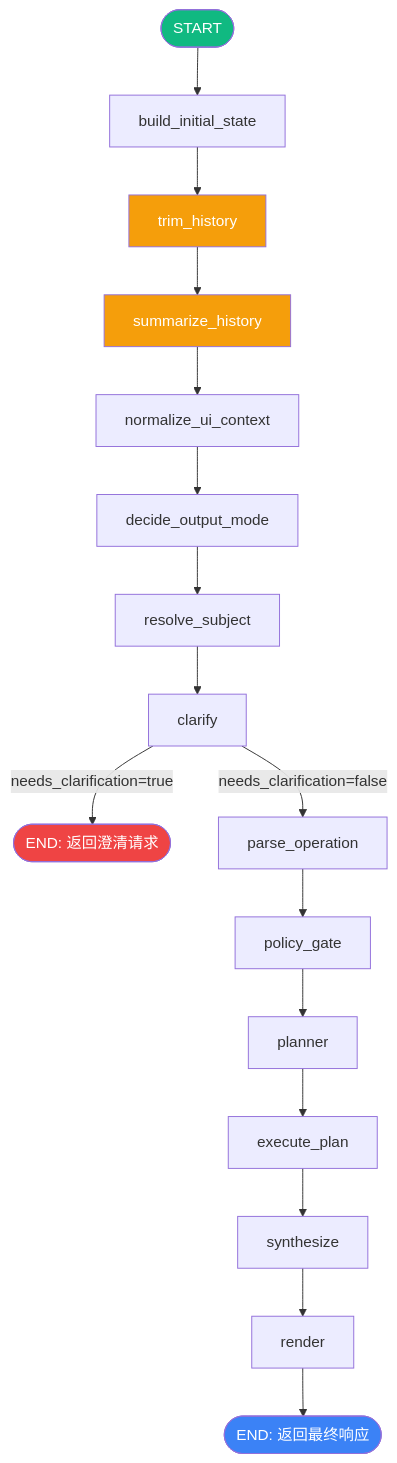
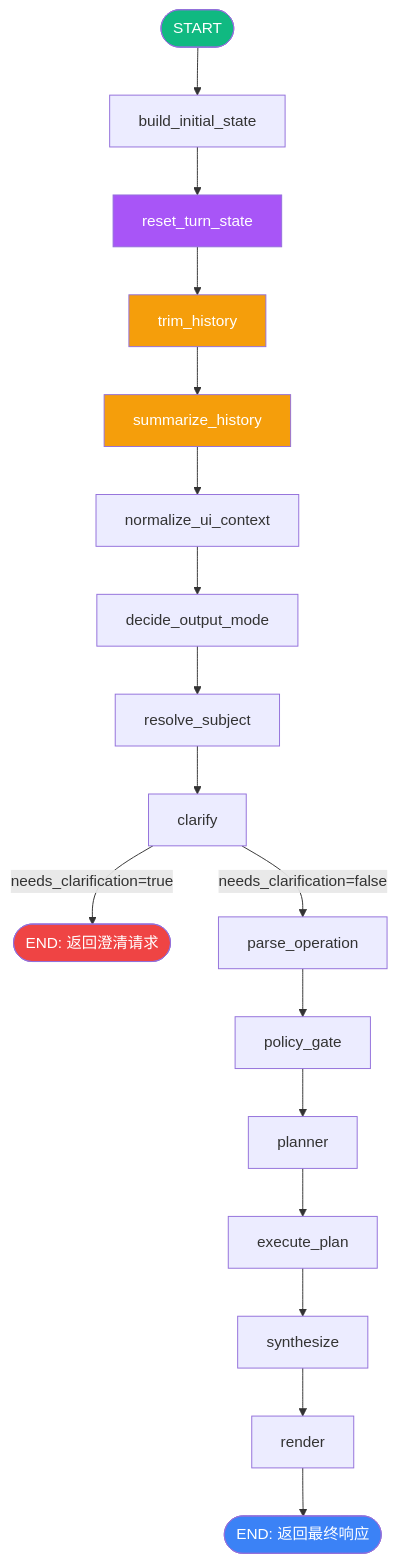
Before and after one commit to kkkano/FinSight: the first of 3 diagrams in docs/LANGGRAPH_FLOW.md, drawn with Mermaid. The commit also changed other lines of this file and 5 other files, not shown here.

First line of the commit message:
docs: sync architecture docs for 16-node pipeline + compare evidence gate

````diff
--- a/docs/LANGGRAPH_FLOW.md
+++ b/docs/LANGGRAPH_FLOW.md
@@ -9,26 +9,28 @@
 ```mermaid
 graph TD
     START([START]) --> build_initial_state
-    build_initial_state --> trim_history
+    build_initial_state --> reset_turn_state
+    reset_turn_state --> trim_history
     trim_history --> summarize_history
     summarize_history --> normalize_ui_context
     normalize_ui_context --> decide_output_mode
     decide_output_mode --> resolve_subject
     resolve_subject --> clarify
 
     clarify -->|needs_clarification=true| END_CLARIFY([END: 返回澄清请求])
     clarify -->|needs_clarification=false| parse_operation
 
     parse_operation --> policy_gate
     policy_gate --> planner
     planner --> execute_plan
     execute_plan --> synthesize
     synthesize --> render
     render --> END_DONE([END: 返回最终响应])
 
     style START fill:#10b981,color:#fff
+    style reset_turn_state fill:#a855f7,color:#fff
     style trim_history fill:#f59e0b,color:#fff
     style summarize_history fill:#f59e0b,color:#fff
     style END_CLARIFY fill:#ef4444,color:#fff
     style END_DONE fill:#3b82f6,color:#fff
 ```
````
